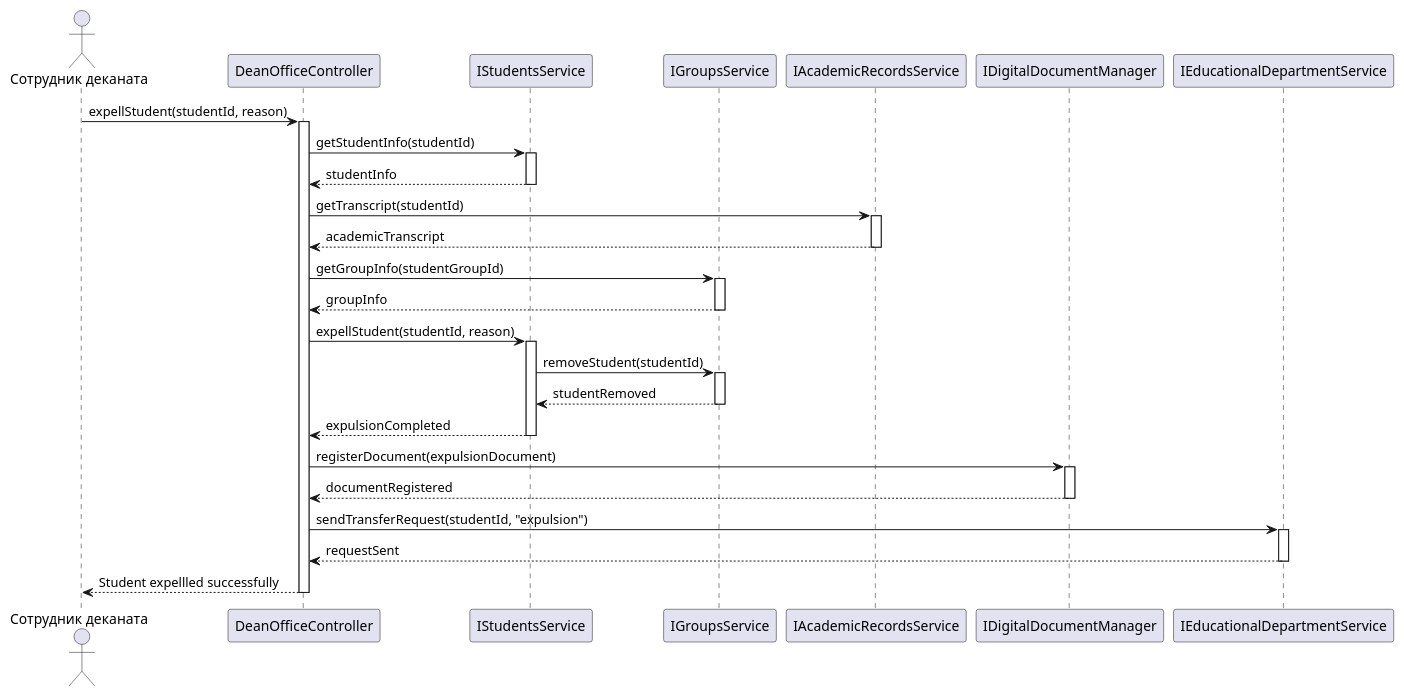
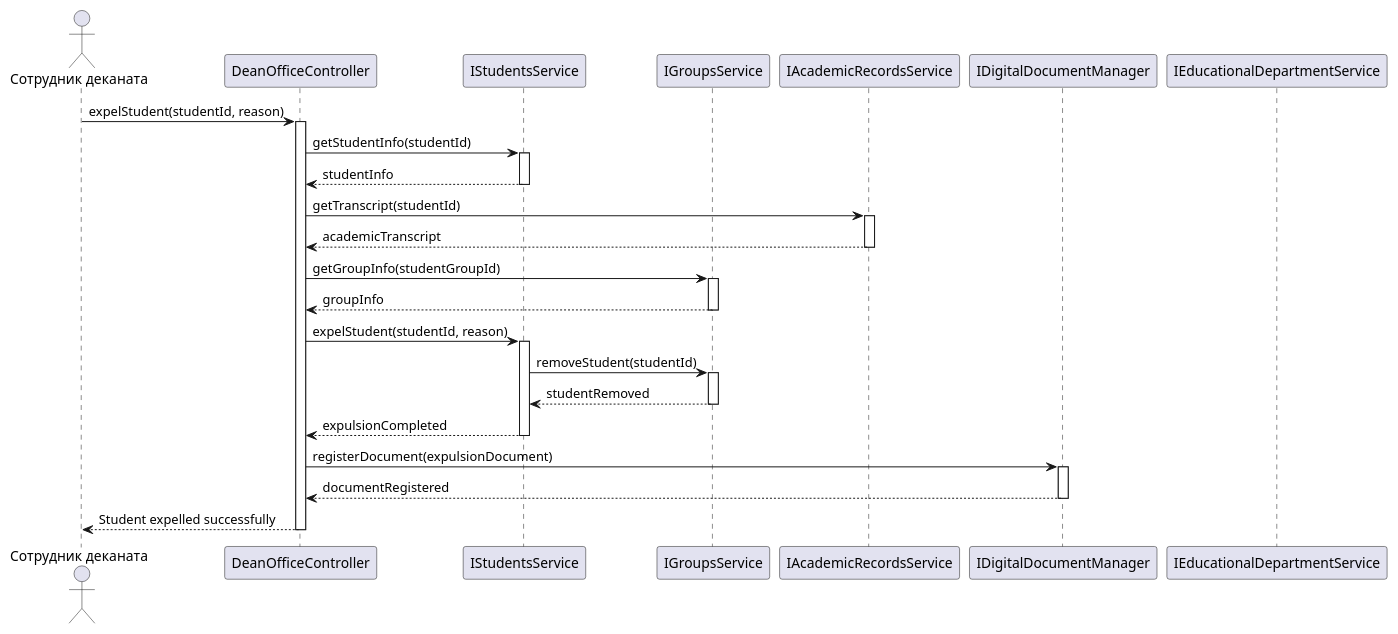
The diagram in Диаграмма последовательности Отчисление студента.md (penamarth/bsbo-01-23_team3_var4_dekanat), drawn with PlantUML before and after one commit.

Commit message:
Update Диаграмма последовательности Отчисление студента.md

````diff
--- a/Диаграмма последовательности Отчисление студента.md
+++ b/Диаграмма последовательности Отчисление студента.md
@@ -1,53 +1,48 @@
 ```plantuml
 @startuml
 actor "Сотрудник деканата" as DeanWorker
 participant "DeanOfficeController" as DO
 participant "IStudentsService" as ISS
 participant "IGroupsService" as IGS
 participant "IAcademicRecordsService" as IARS
 participant "IDigitalDocumentManager" as IDDM
 participant "IEducationalDepartmentService" as IEDS
 
-DeanWorker -> DO: expellStudent(studentId, reason)
+DeanWorker -> DO: expelStudent(studentId, reason)
 activate DO
 
 DO -> ISS: getStudentInfo(studentId)
 activate ISS
 ISS --> DO: studentInfo
 deactivate ISS
 
 DO -> IARS: getTranscript(studentId)
 activate IARS
 IARS --> DO: academicTranscript
 deactivate IARS
 
 DO -> IGS: getGroupInfo(studentGroupId)
 activate IGS
 IGS --> DO: groupInfo
 deactivate IGS
 
-DO -> ISS: expellStudent(studentId, reason)
+DO -> ISS: expelStudent(studentId, reason)
 activate ISS
 
 ISS -> IGS: removeStudent(studentId)
 activate IGS
 IGS --> ISS: studentRemoved
 deactivate IGS
 
 ISS --> DO: expulsionCompleted
 deactivate ISS
 
 DO -> IDDM: registerDocument(expulsionDocument)
 activate IDDM
 IDDM --> DO: documentRegistered
 deactivate IDDM
 
-DO -> IEDS: sendTransferRequest(studentId, "expulsion")
-activate IEDS
-IEDS --> DO: requestSent
-deactivate IEDS
-
-DO --> DeanWorker: Student expellled successfully
+DO --> DeanWorker: Student expelled successfully
 deactivate DO
 @enduml
 ```
````
